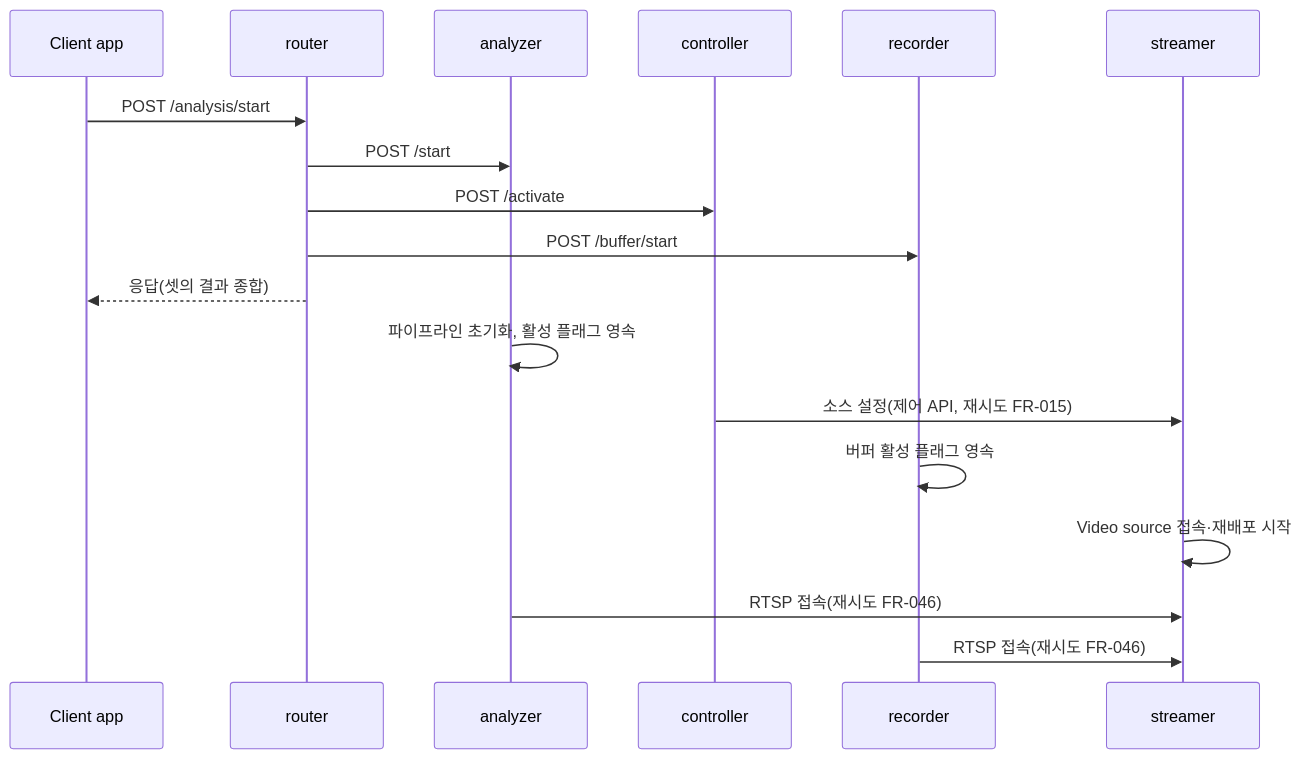
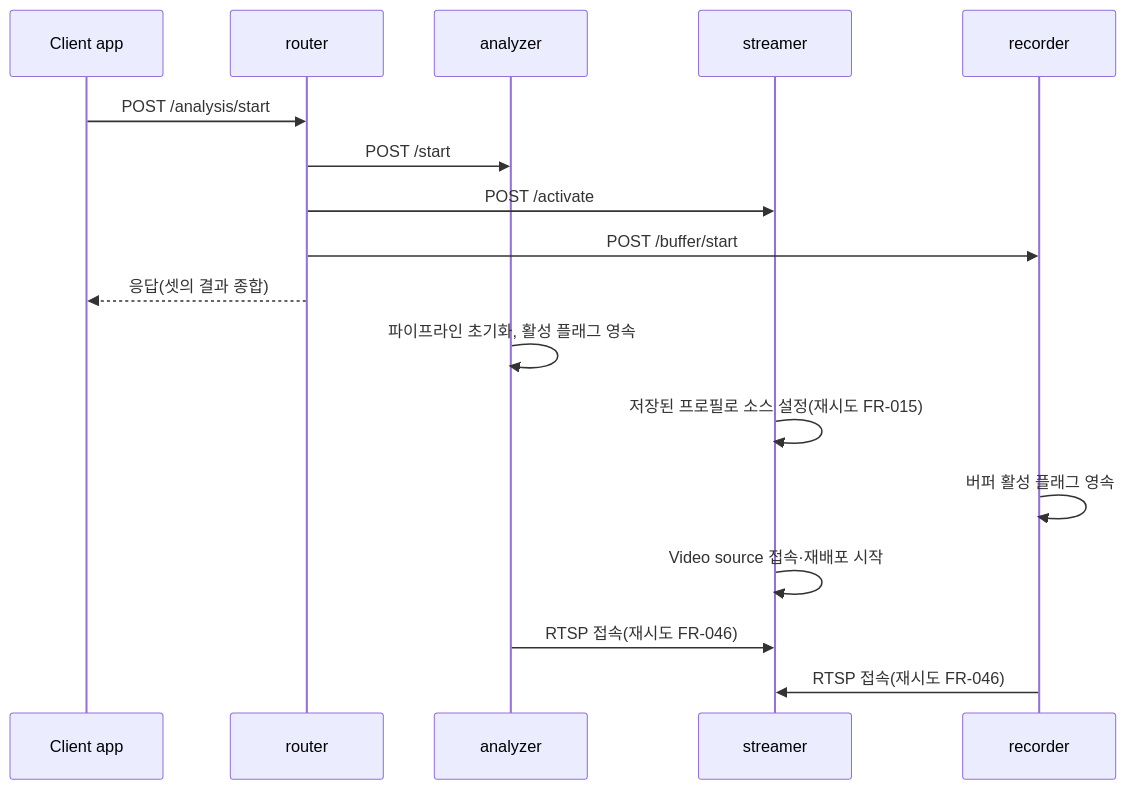
One commit to skim2048/babycat changed the first of 2 diagrams in docs/sdd/7_behavioral_design.md. Above: the diagram before and after it, drawn with Mermaid. The commit also changed other lines of this file and 10 other files, not shown here.

First line of the commit message:
Rework the SDD for the four-component architecture

````diff
--- a/docs/sdd/7_behavioral_design.md
+++ b/docs/sdd/7_behavioral_design.md
@@ -9,21 +9,20 @@
 ```mermaid
 sequenceDiagram
     participant C as Client app
     participant R as router
     participant A as analyzer
-    participant SC as controller
+    participant S as streamer
     participant REC as recorder
-    participant S as streamer
 
     C->>R: POST /analysis/start
     R->>A: POST /start
-    R->>SC: POST /activate
+    R->>S: POST /activate
     R->>REC: POST /buffer/start
     R-->>C: 응답(셋의 결과 종합)
     A->>A: 파이프라인 초기화, 활성 플래그 영속
-    SC->>S: 소스 설정(제어 API, 재시도 FR-015)
+    S->>S: 저장된 프로필로 소스 설정(재시도 FR-015)
     REC->>REC: 버퍼 활성 플래그 영속
     S->>S: Video source 접속·재배포 시작
     A->>S: RTSP 접속(재시도 FR-046)
     REC->>S: RTSP 접속(재시도 FR-046)
 ```
````
